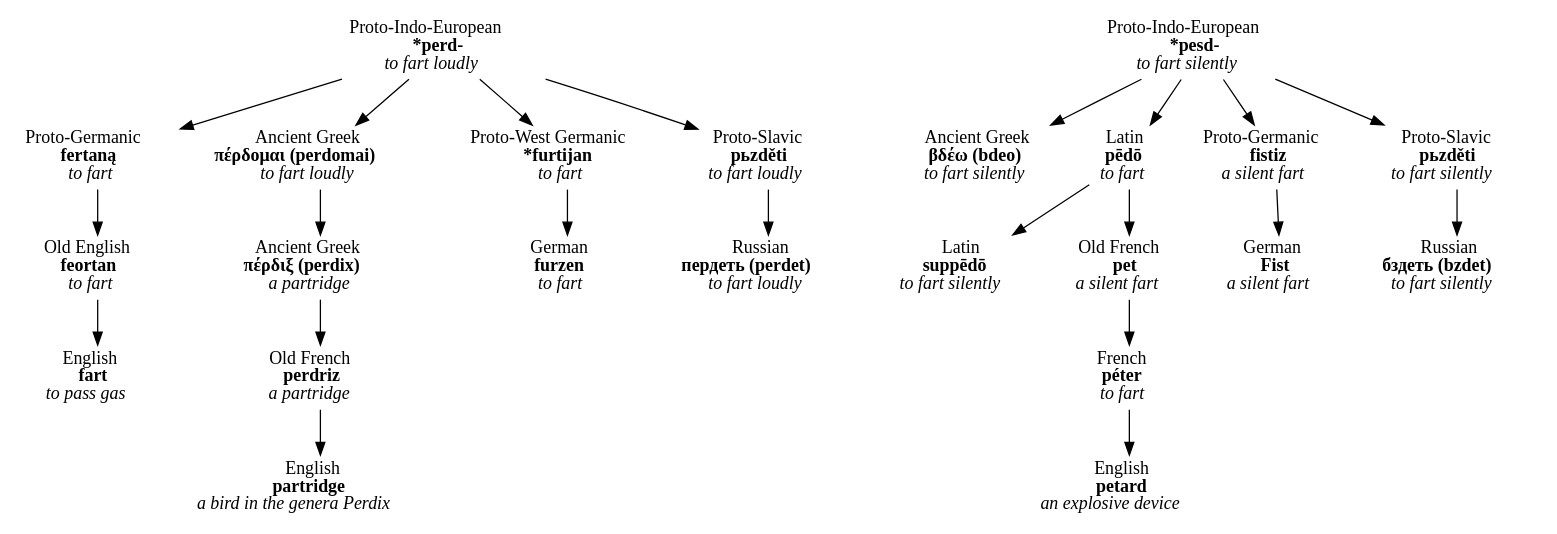
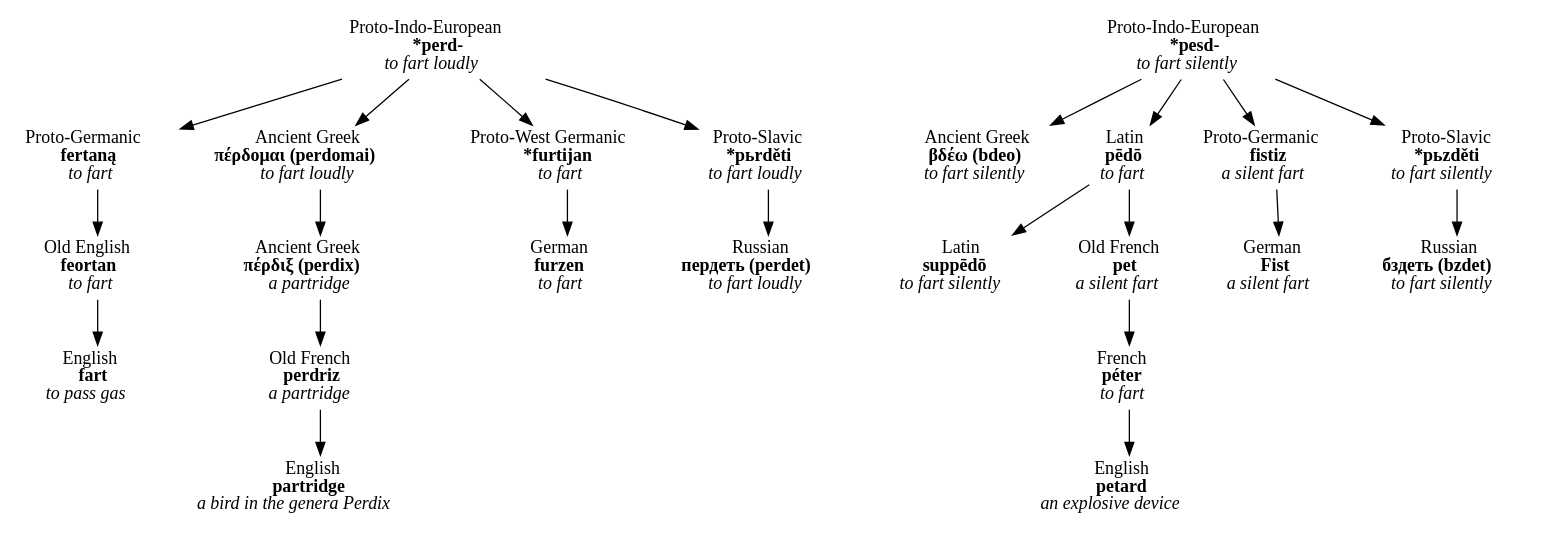
One commit to ryanfb/etymology-dotfiles changed the diagram in partridge-petard.dot. Above: the diagram before and after it, drawn with Graphviz. The commit also changed 2 other files, not shown here.

```diff
--- a/partridge-petard.dot
+++ b/partridge-petard.dot
@@ -1,63 +1,63 @@
 digraph partridgepetard {
 	node [shape=plaintext];
 
 	perd [label=<Proto-Indo-European<br/><b>*perd-</b><br/><i>to fart loudly</i>>]
 	fertana [label=<Proto-Germanic<br/><b>fertaną</b><br/><i>to fart</i>>]
 	feortan [label=<Old English<br/><b>feortan</b><br/><i>to fart</i>>]
 	fart [label=<English<br/><b>fart</b><br/><i>to pass gas</i>>]
 	
 	perdomai [label=<Ancient Greek<br/><b>πέρδομαι (perdomai)</b><br/><i>to fart loudly</i>>]
 	perdiks [label=<Ancient Greek<br/><b>πέρδιξ (perdix)</b><br/><i>a partridge</i>>]
 	perdriz [label=<Old French<br/><b>perdriz</b><br/><i>a partridge</i>>]
 	partridge [label=<English<br/><b>partridge</b><br/><i>a bird in the genera Perdix</i>>]
 
 	furtijan [label=<Proto-West Germanic<br/><b>*furtijan</b><br/><i>to fart</i>>]
 	furzen [label=<German<br/><b>furzen</b><br/><i>to fart</i>>]
 			
-	perdeti [label=<Proto-Slavic<br/><b>pьzděti</b><br/><i>to fart loudly</i>>]
+	perdeti [label=<Proto-Slavic<br/><b>*pьrděti</b><br/><i>to fart loudly</i>>]
 	perdet [label=<Russian<br/><b>пердеть (perdet)</b><br/><i>to fart loudly</i>>]
 	
 	pesd [label=<Proto-Indo-European<br/><b>*pesd-</b><br/><i>to fart silently</i>>]
 	bdew [label=<Ancient Greek<br/><b>βδέω (bdeo)</b><br/><i>to fart silently</i>>]
 	pedo [label=<Latin<br/><b>pēdō</b><br/><i>to fart</i>>]
 	suppedo [label=<Latin<br/><b>suppēdō</b><br/><i>to fart silently</i>>]
 	
 	fistiz [label=<Proto-Germanic<br/><b>fistiz</b><br/><i>a silent fart</i>>]
 	# vist [label=<Middle High German<br/><b>vist</b><br/><i>a silent fart</i>>]
 	fist [label=<German<br/><b>Fist</b><br/><i>a silent fart</i>>]
 	
-	pezdeti [label=<Proto-Slavic<br/><b>pьzděti</b><br/><i>to fart silently</i>>]
+	pezdeti [label=<Proto-Slavic<br/><b>*pьzděti</b><br/><i>to fart silently</i>>]
 	bzdet [label=<Russian<br/><b>бздеть (bzdet)</b><br/><i>to fart silently</i>>]
 	
 	pet [label=<Old French<br/><b>pet</b><br/><i>a silent fart</i>>]
 	peter [label=<French<br/><b>péter</b><br/><i>to fart</i>>]
 	petard [label=<English<br/><b>petard</b><br/><i>an explosive device</i>>]
 	
 	perd -> fertana
 	fertana -> feortan
 	feortan -> fart
 	perd -> perdomai
 	perdomai -> perdiks
 	perdiks -> perdriz
 	perdriz -> partridge
 
 	perd -> furtijan
 	furtijan -> furzen
 		
 	perd -> perdeti
 	perdeti -> perdet
 	
 	pesd -> bdew
 	pesd -> pedo
 	pedo -> suppedo
 	
 	pesd -> pezdeti
 	pezdeti -> bzdet
 	
 	pesd -> fistiz
 	fistiz -> fist
 	
 	pedo -> pet
 	pet -> peter
 	peter -> petard
 }
```
